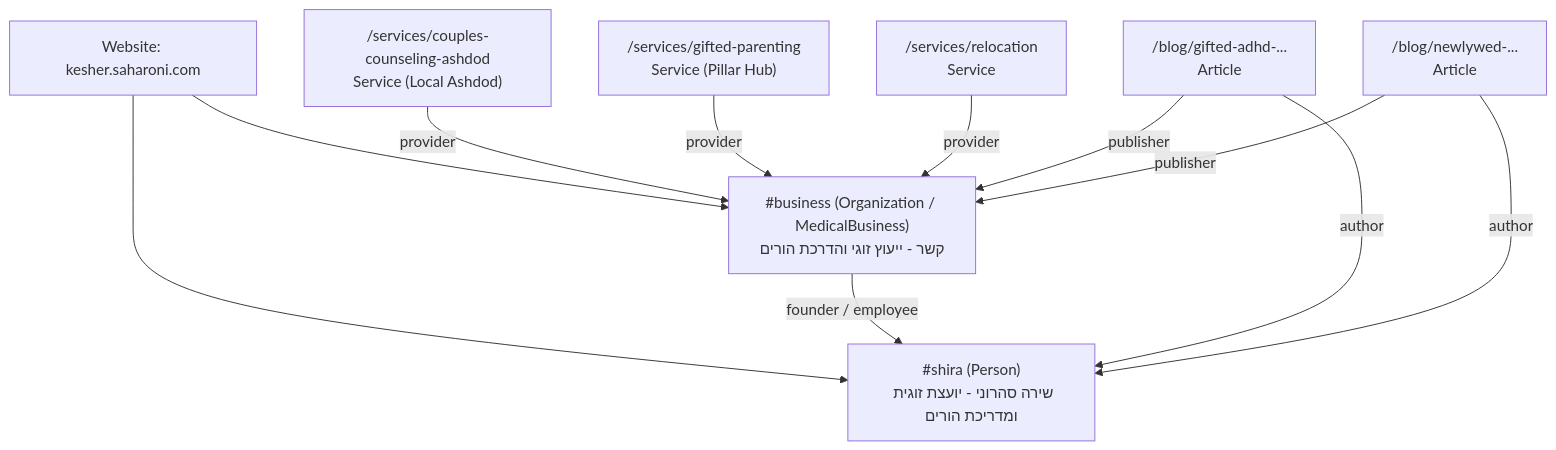
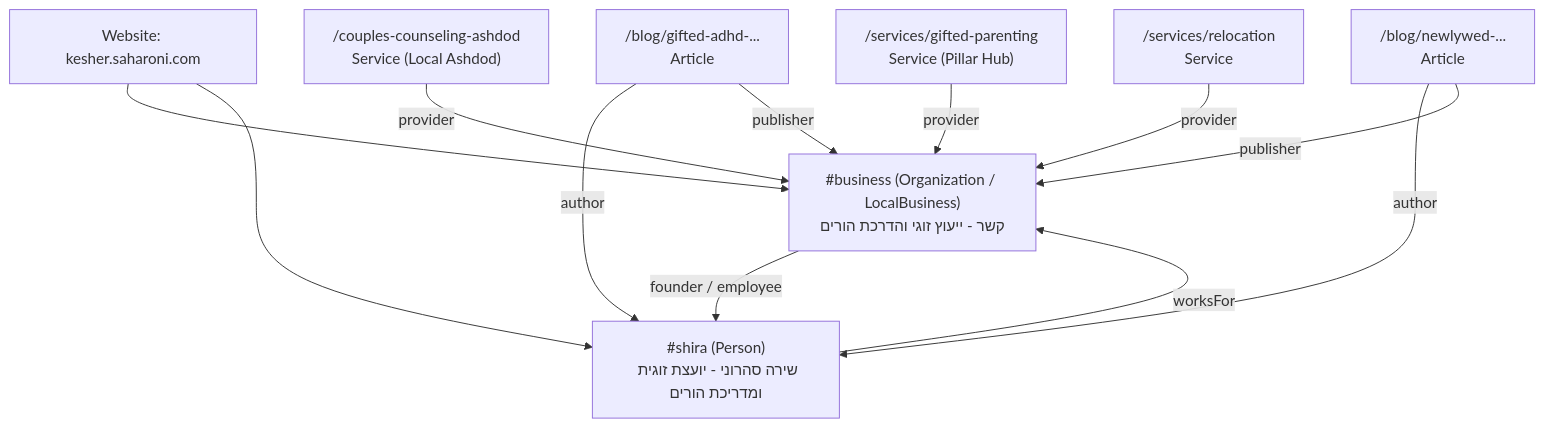
The diagram in docs/aeo/FINAL-REPORT.md (yanivsa/kesher-website), drawn with Mermaid before and after one commit. The commit also changed other lines of this file and 3 other files, not shown here.

````diff
--- a/docs/aeo/FINAL-REPORT.md
+++ b/docs/aeo/FINAL-REPORT.md
@@ -90,15 +90,16 @@
 ```mermaid
 graph TD
-    Site["Website: kesher.saharoni.com"] --> Business["#business (Organization / MedicalBusiness)<br/>קשר - ייעוץ זוגי והדרכת הורים"]
+    Site["Website: kesher.saharoni.com"] --> Business["#business (Organization / LocalBusiness)<br/>קשר - ייעוץ זוגי והדרכת הורים"]
     Site --> Person["#shira (Person)<br/>שירה סהרוני - יועצת זוגית ומדריכת הורים"]
     Business -->|founder / employee| Person
+    Person -->|worksFor| Business
     
-    SubService1["/services/couples-counseling-ashdod<br/>Service (Local Ashdod)"] -->|provider| Business
+    SubService1["/couples-counseling-ashdod<br/>Service (Local Ashdod)"] -->|provider| Business
     SubService2["/services/gifted-parenting<br/>Service (Pillar Hub)"] -->|provider| Business
     SubService3["/services/relocation<br/>Service"] -->|provider| Business
     
     Article1["/blog/gifted-adhd-...<br/>Article"] -->|author| Person
     Article1 -->|publisher| Business
     Article2["/blog/newlywed-...<br/>Article"] -->|author| Person
     Article2 -->|publisher| Business
 ```
````
